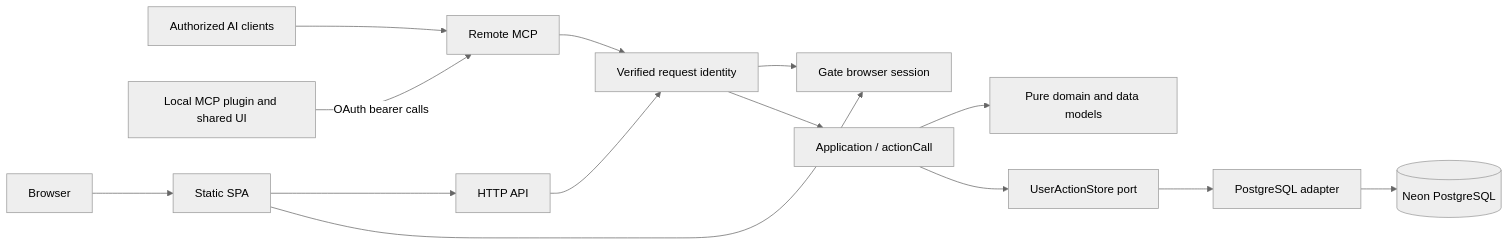
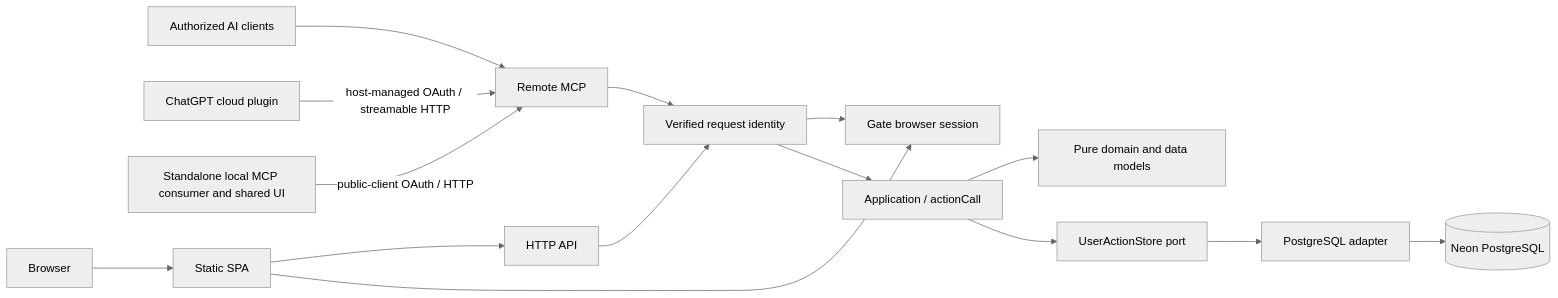
One commit to takezoh/syntoria-weave changed the diagram in ARCHITECTURE.md. Above: the diagram before and after it, drawn with Mermaid (neutral theme). The commit also changed other lines of this file and 29 other files, not shown here.

Commit message:
Restore personal plugin packages backed by registered remote MCP

````diff
--- a/ARCHITECTURE.md
+++ b/ARCHITECTURE.md
@@ -9,16 +9,17 @@
 ```mermaid
 flowchart LR
   AI[Authorized AI clients] --> MCP[Remote MCP]
-  Plugin[Local MCP plugin and shared UI] -->|OAuth bearer calls| MCP
+  ChatGPT[ChatGPT cloud plugin] -->|host-managed OAuth / streamable HTTP| MCP
+  Local[Standalone local MCP consumer and shared UI] -->|public-client OAuth / HTTP| MCP
   Browser[Browser] --> SPA[Static SPA]
   SPA --> HTTP[HTTP API]
   SPA --> Gate[Gate browser session]
   MCP --> Auth[Verified request identity]
   HTTP --> Auth
   Auth --> Gate
   Auth --> App[Application / actionCall]
   App --> Domain[Pure domain and data models]
   App --> Port[UserActionStore port]
   Port --> Adapter[PostgreSQL adapter]
   Adapter --> DB[(Neon PostgreSQL)]
 ```
````
